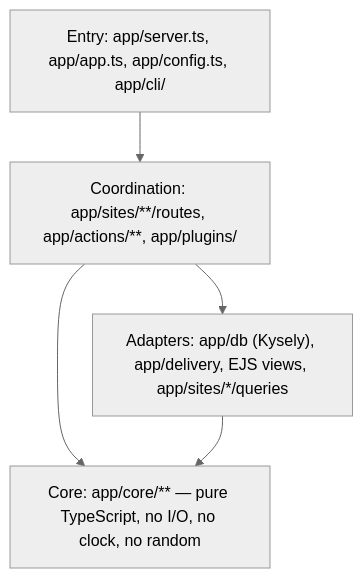
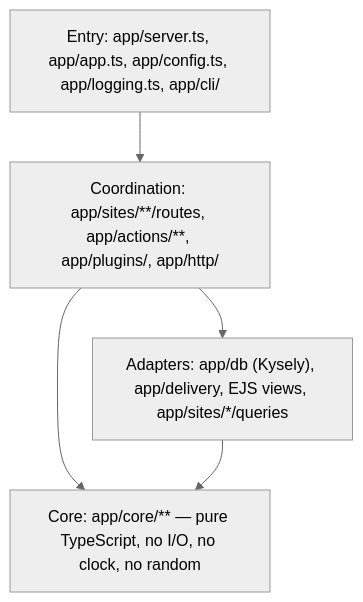
One commit to jonathan-beebe/art-store changed the second of 6 diagrams in prototype/node/docs/architecture.md. Above: the diagram before and after it, drawn with Mermaid (neutral theme). The commit also changed other lines of this file and 404 other files, not shown here.

First line of the commit message:
refactor[node]: doctrine sweep — node:sqlite, route schemas, transactions, outbox, SSE, production image [NO-TICKET] (#4)

````diff
--- a/prototype/node/docs/architecture.md
+++ b/prototype/node/docs/architecture.md
@@ -67,8 +83,8 @@
 ```mermaid
 flowchart TD
-    entry["Entry: app/server.ts, app/app.ts, app/config.ts, app/cli/"] --> coord
-    coord["Coordination: app/sites/**/routes, app/actions/**, app/plugins/"] --> core
+    entry["Entry: app/server.ts, app/app.ts, app/config.ts, app/logging.ts, app/cli/"] --> coord
+    coord["Coordination: app/sites/**/routes, app/actions/**, app/plugins/, app/http/"] --> core
     coord --> adapters
     adapters["Adapters: app/db (Kysely), app/delivery, EJS views, app/sites/*/queries"] --> core
     core["Core: app/core/** — pure TypeScript, no I/O, no clock, no random"]
 ```
````
